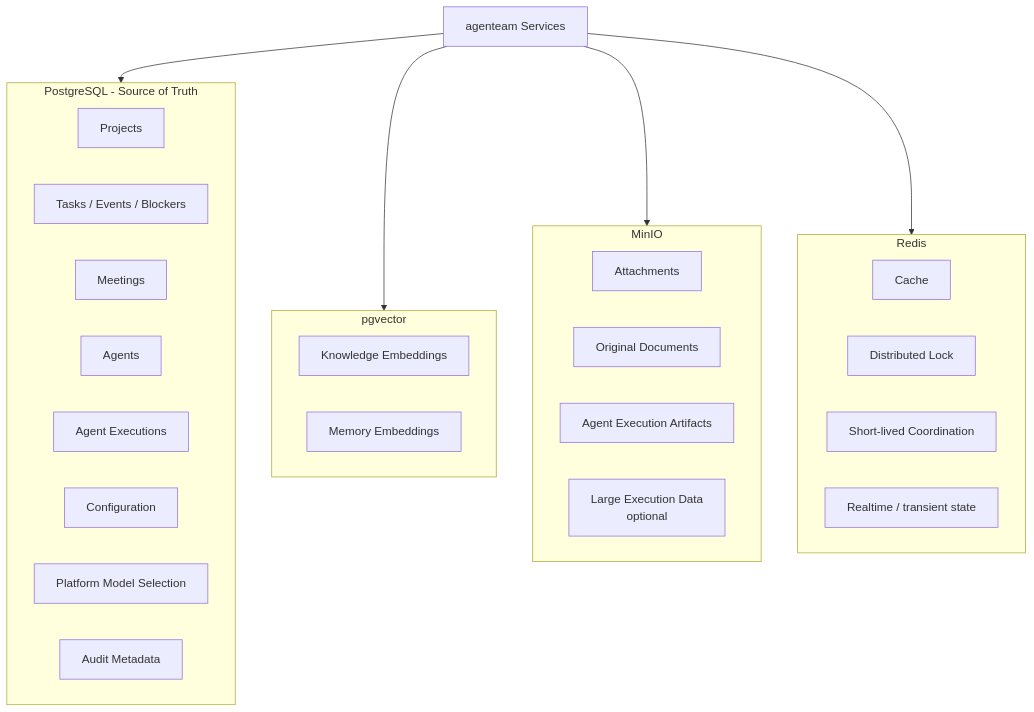
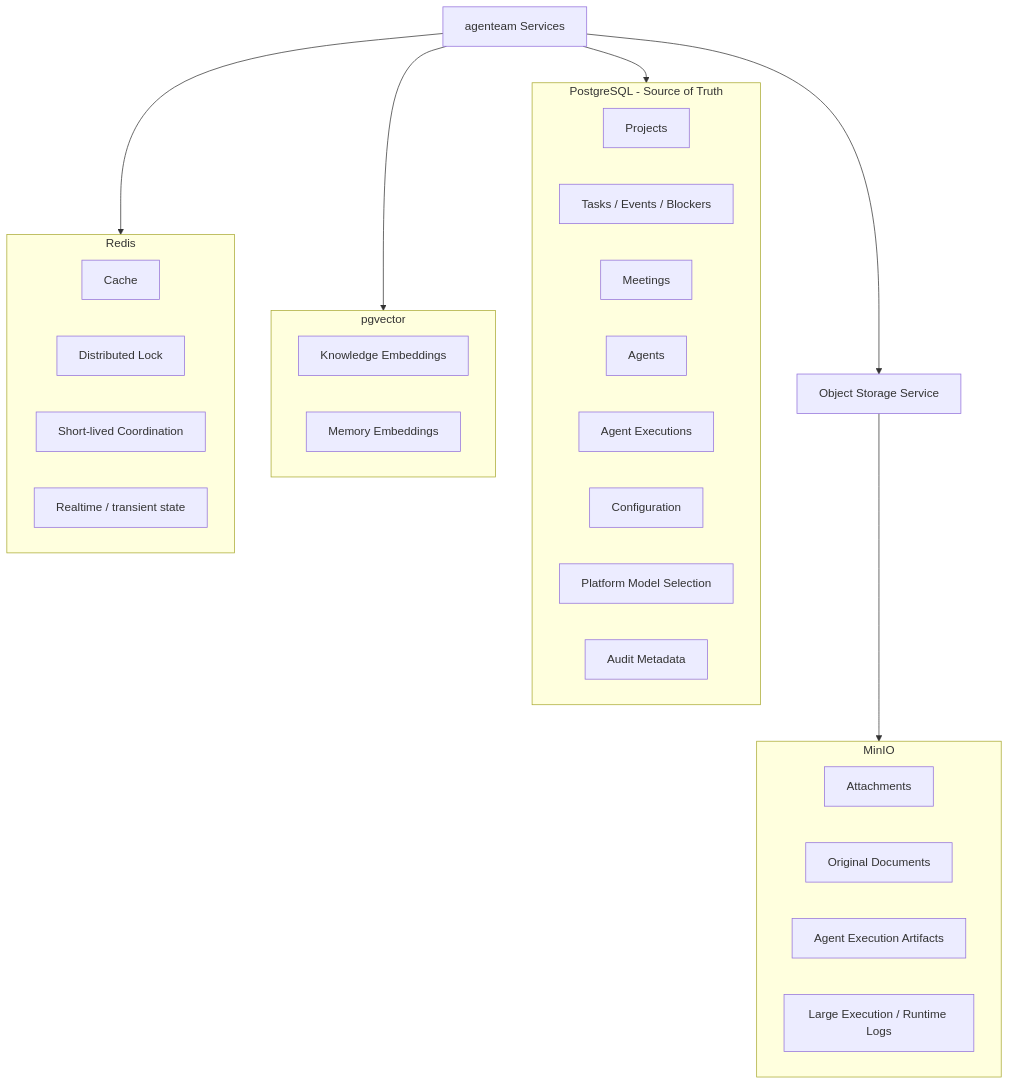
One commit to LunaDeerTech/agenteam changed the first of 4 diagrams in docs/architecture/platform-infrastructure.md. Above: the diagram before and after it, drawn with Mermaid. The commit also changed other lines of this file and 6 other files, not shown here.

Commit message:
docs: refine tool runtime and object storage design

````diff
--- a/docs/architecture/platform-infrastructure.md
+++ b/docs/architecture/platform-infrastructure.md
@@ -99,39 +99,42 @@
 ```mermaid
 flowchart TB
     Services["agenteam Services"]
 
     subgraph PG["PostgreSQL - Source of Truth"]
         Project["Projects"]
         Tasks["Tasks / Events / Blockers"]
         Meetings["Meetings"]
         Agents["Agents"]
         AgentExecution["Agent Executions"]
         Config["Configuration"]
         ModelSelection["Platform Model Selection"]
         Audit["Audit Metadata"]
     end
 
     subgraph Vec["pgvector"]
         DocVec["Knowledge Embeddings"]
         MemoryVec["Memory Embeddings"]
     end
 
     subgraph Object["MinIO"]
         Attach["Attachments"]
         Docs["Original Documents"]
         Artifact["Agent Execution Artifacts"]
-        LargeLogs["Large Execution Data<br/>optional"]
+        LargeLogs["Large Execution / Runtime Logs"]
     end
 
     subgraph Cache["Redis"]
         CacheData["Cache"]
         Lock["Distributed Lock"]
         Lease["Short-lived Coordination"]
         Realtime["Realtime / transient state"]
     end
 
     Services --> PG
     Services --> Vec
-    Services --> Object
+    ObjectService["Object Storage Service"]
+
+    Services --> ObjectService
+    ObjectService --> Object
     Services --> Cache
 ```
````
